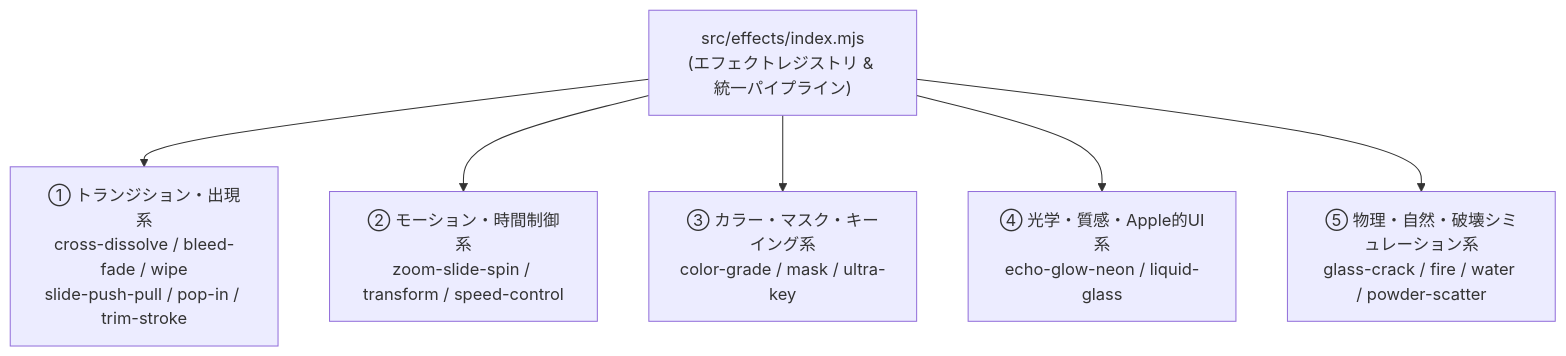
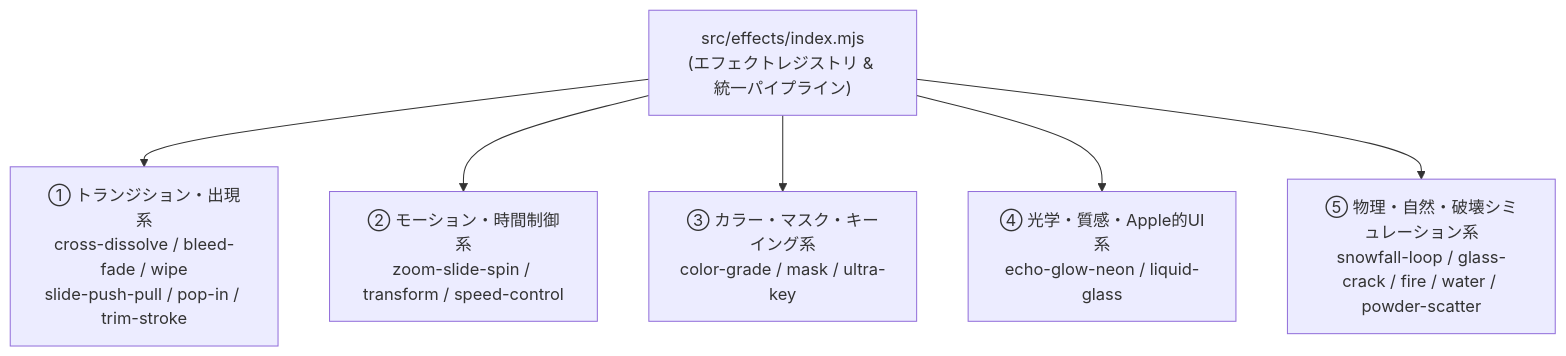
One commit to EijiKobayashi/svg2lottie-cli changed the second of 2 diagrams in docs/requirements.md. Above: the diagram before and after it, drawn with Mermaid. The commit also changed other lines of this file and 43 other files, not shown here.

````diff
--- a/docs/requirements.md
+++ b/docs/requirements.md
@@ -72,9 +71,9 @@
 ```mermaid
 flowchart TD
   Registry["src/effects/index.mjs<br/>(エフェクトレジストリ & 統一パイプライン)"]
   Registry --> C1["① トランジション・出現系<br/>cross-dissolve / bleed-fade / wipe<br/>slide-push-pull / pop-in / trim-stroke"]
   Registry --> C2["② モーション・時間制御系<br/>zoom-slide-spin / transform / speed-control"]
   Registry --> C3["③ カラー・マスク・キーイング系<br/>color-grade / mask / ultra-key"]
   Registry --> C4["④ 光学・質感・Apple的UI系<br/>echo-glow-neon / liquid-glass"]
-  Registry --> C5["⑤ 物理・自然・破壊シミュレーション系<br/>glass-crack / fire / water / powder-scatter"]
+  Registry --> C5["⑤ 物理・自然・破壊シミュレーション系<br/>snowfall-loop / glass-crack / fire / water / powder-scatter"]
 ```
````
